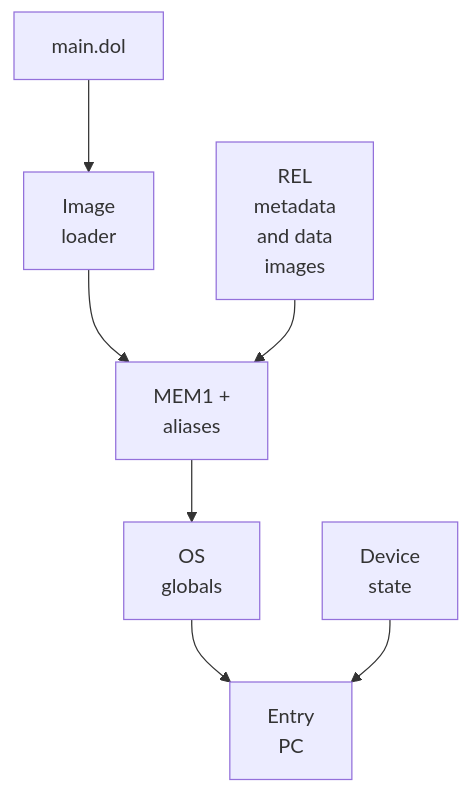
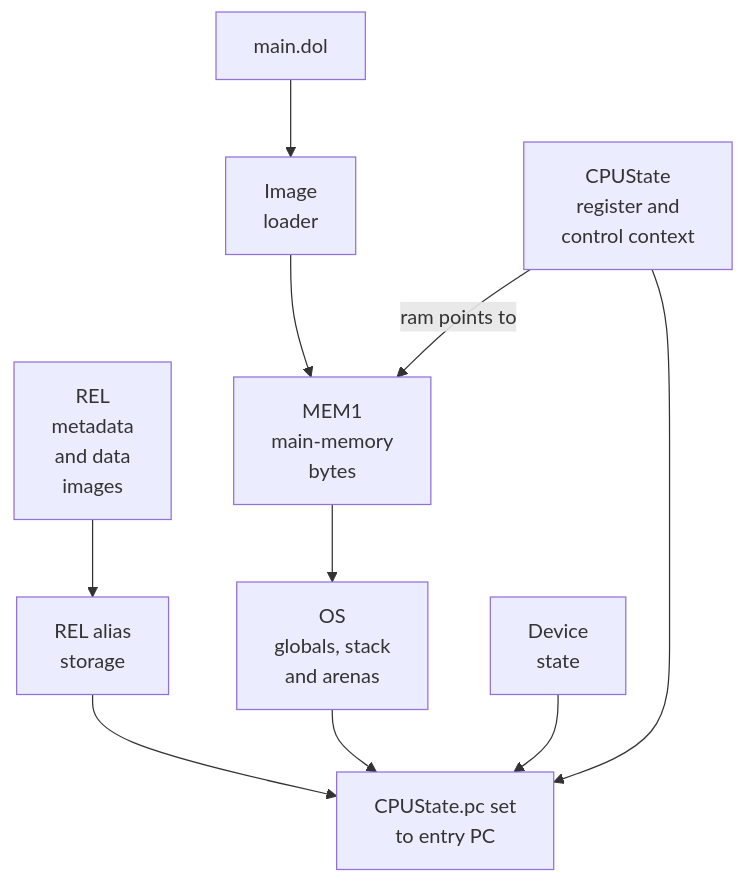
One commit to Aelbannan/boat_of_daphnes changed the fifth of 5 diagrams in docs/architecture/GuestState.md. Above: the diagram before and after it, drawn with Mermaid. The commit also changed other lines of this file, not shown here.

Commit message:
docs: align guest-state diagrams and ownership

````diff
--- a/docs/architecture/GuestState.md
+++ b/docs/architecture/GuestState.md
@@ -538,23 +546,34 @@
 ```mermaid
 flowchart TD
     DOL["main.dol"]
     REL["`REL
 metadata
 and data
 images`"]
     Loader["`Image
 loader`"]
-    Memory["`MEM1 +
-aliases`"]
+    CPU["`CPUState
+register and
+control context`"]
+    MEM1["`MEM1
+main-memory
+bytes`"]
+    Aliases["`REL alias
+storage`"]
     OS["`OS
-globals`"]
+globals, stack
+and arenas`"]
     Devices["`Device
 state`"]
-    PC["`Entry
-PC`"]
+    Ready["`CPUState.pc set
+to entry PC`"]
 
-    DOL --> Loader --> Memory
-    REL --> Memory
-    Memory --> OS --> PC
-    Devices --> PC
+    DOL --> Loader --> MEM1
+    REL --> Aliases
+    CPU -->|"`ram points to`"| MEM1
+    MEM1 --> OS
+    CPU --> Ready
+    OS --> Ready
+    Aliases --> Ready
+    Devices --> Ready
 ```
````
